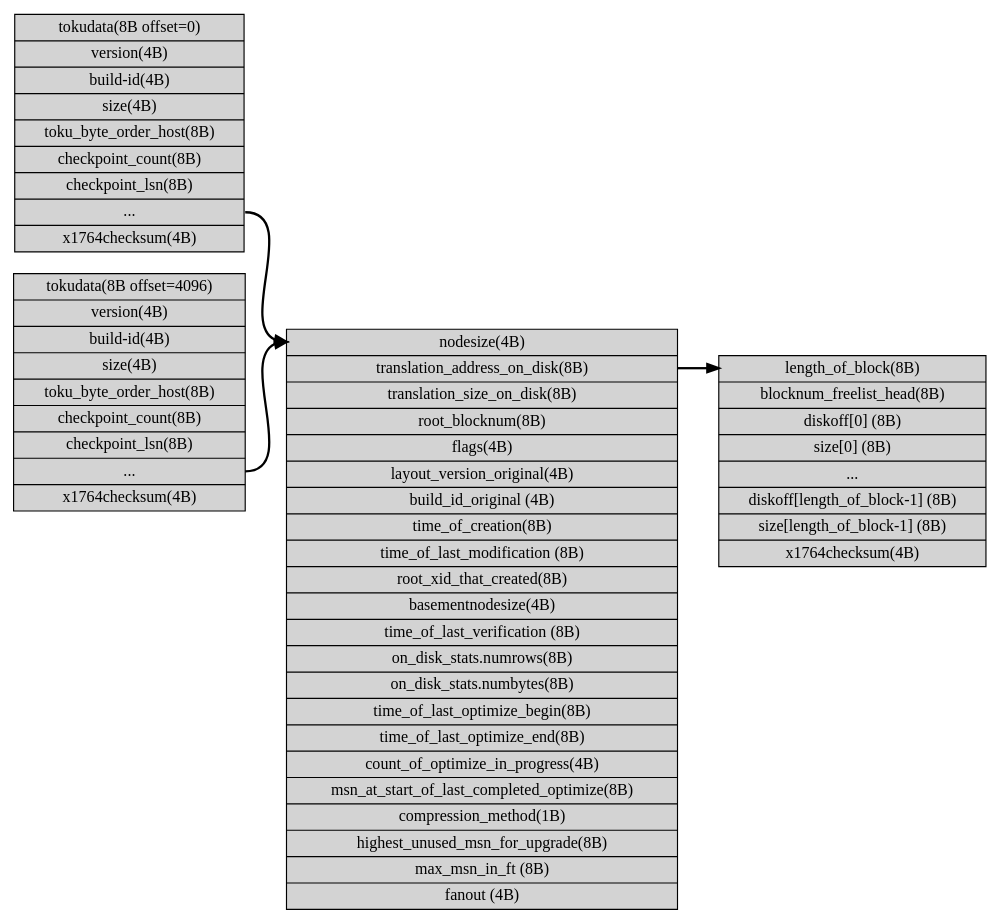
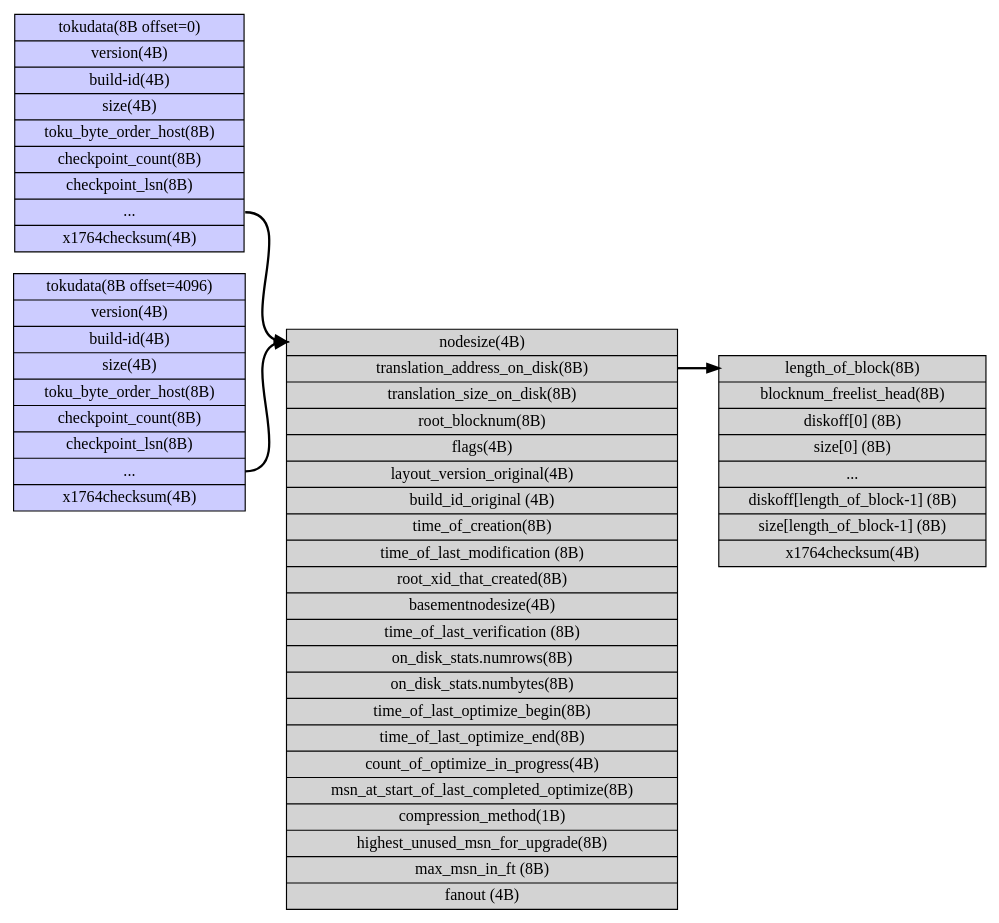
The diagram in images/graphviz/ft-file-header-format.dot (SteNicholas/openinx.github.io), drawn with Graphviz before and after one commit. The commit also changed 10 other files, not shown here.

```diff
--- a/images/graphviz/ft-file-header-format.dot
+++ b/images/graphviz/ft-file-header-format.dot
@@ -1,68 +1,68 @@
 digraph{
 
 	rankdir = LR ; 
 	node [shape = record, style =filled];   
 	edge [style = bold]; 
 
 
 	head0       [ label = "tokudata(8B offset=0) | 
 						   version(4B) | 
 						   build-id(4B) | 
 						   size(4B) |
 						   toku_byte_order_host(8B)|
 						   checkpoint_count(8B)|
 						   checkpoint_lsn(8B)|
 						   <data> ...|
-						   x1764checksum(4B)"
+						   x1764checksum(4B)", fillcolor="#CCCCFF"
 						   ]
 
 	head1       [ label = "tokudata(8B offset=4096) | 
 						   version(4B) | 
 						   build-id(4B) | 
 						   size(4B) |
 						   toku_byte_order_host(8B)|
 						   checkpoint_count(8B)|
 						   checkpoint_lsn(8B)|
 						   <data>...|
-						   x1764checksum(4B)"
+						   x1764checksum(4B)", fillcolor="#CCCCFF"
 						   ]
 
 	data   [label = "<header> nodesize(4B) | 
 	                 <trans_addr> translation_address_on_disk(8B) | 
 	                 translation_size_on_disk(8B) | 
 	                 root_blocknum(8B) | 
 	                 flags(4B) | 
 	                 layout_version_original(4B) | 
 	                 build_id_original (4B) | 
 	                 time_of_creation(8B) | 
 	                 time_of_last_modification (8B) | 
 	                 root_xid_that_created(8B) | 
 	                 basementnodesize(4B) | 
 	                 time_of_last_verification (8B) | 
 	                 on_disk_stats.numrows(8B) | 
 	                 on_disk_stats.numbytes(8B) | 
 	                 time_of_last_optimize_begin(8B)|
 	                 time_of_last_optimize_end(8B) | 
 	                 count_of_optimize_in_progress(4B) | 
 	                 msn_at_start_of_last_completed_optimize(8B) | 
 	                 compression_method(1B) | 
 	                 highest_unused_msn_for_upgrade(8B) | 
 	                 max_msn_in_ft (8B) | 
 	                 fanout (4B) 
 	                 "]
 
 
 
 	translation_table  [label = "<header> length_of_block(8B)|
 	                             blocknum_freelist_head(8B)|
 	                             diskoff[0] (8B) | 
 	                             size[0] (8B)	|
 	                             ...|
 	                             diskoff[length_of_block-1] (8B) | 
 	                             size[length_of_block-1] (8B) |
 	                             x1764checksum(4B) "]
 
 	head0:data -> data:header
 	head1:data -> data:header
 	data:trans_addr -> translation_table:header
 }
```
